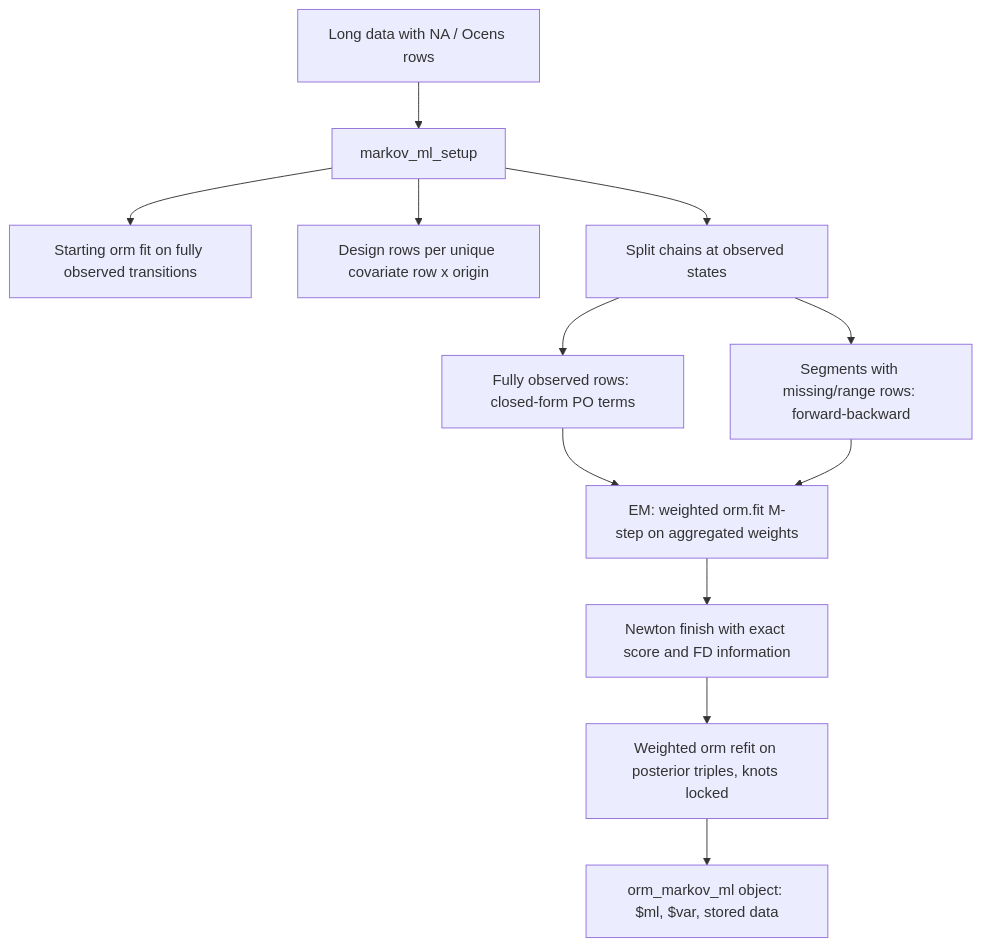
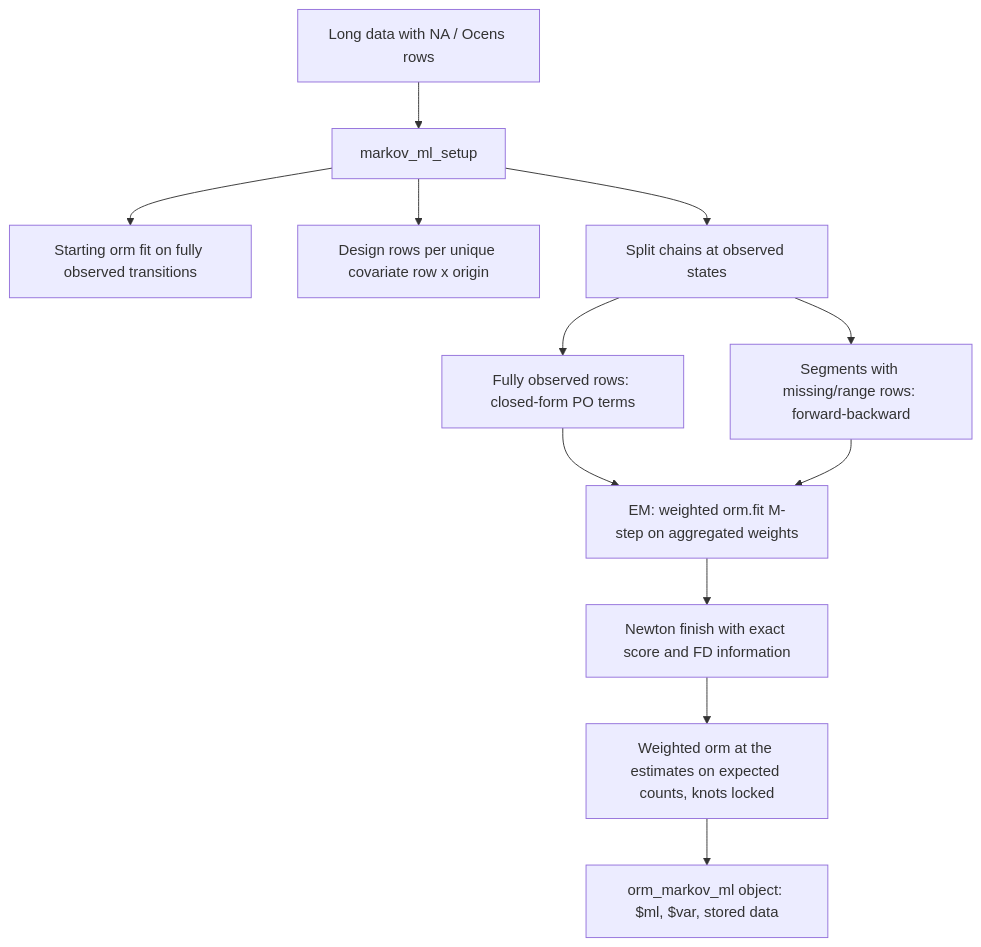
One commit to scjohannes/mostr changed the second of 2 diagrams in ARCHITECTURE.md. Above: the diagram before and after it, drawn with Mermaid. The commit also changed other lines of this file and 3 other files, not shown here.

Commit message:
// Evaluate the final orm_markov_ml() refit on expected transition counts

````diff
--- a/ARCHITECTURE.md
+++ b/ARCHITECTURE.md
@@ -233,14 +233,14 @@
 ```mermaid
 flowchart TD
     A[Long data with NA / Ocens rows] --> B[markov_ml_setup]
     B --> C[Starting orm fit on fully observed transitions]
     B --> D[Design rows per unique covariate row x origin]
     B --> E[Split chains at observed states]
     E --> F[Fully observed rows: closed-form PO terms]
     E --> G[Segments with missing/range rows: forward-backward]
     F --> H[EM: weighted orm.fit M-step on aggregated weights]
     G --> H
     H --> I[Newton finish with exact score and FD information]
-    I --> J[Weighted orm refit on posterior triples, knots locked]
+    I --> J[Weighted orm at the estimates on expected counts, knots locked]
     J --> K[orm_markov_ml object: $ml, $var, stored data]
 ```
````
